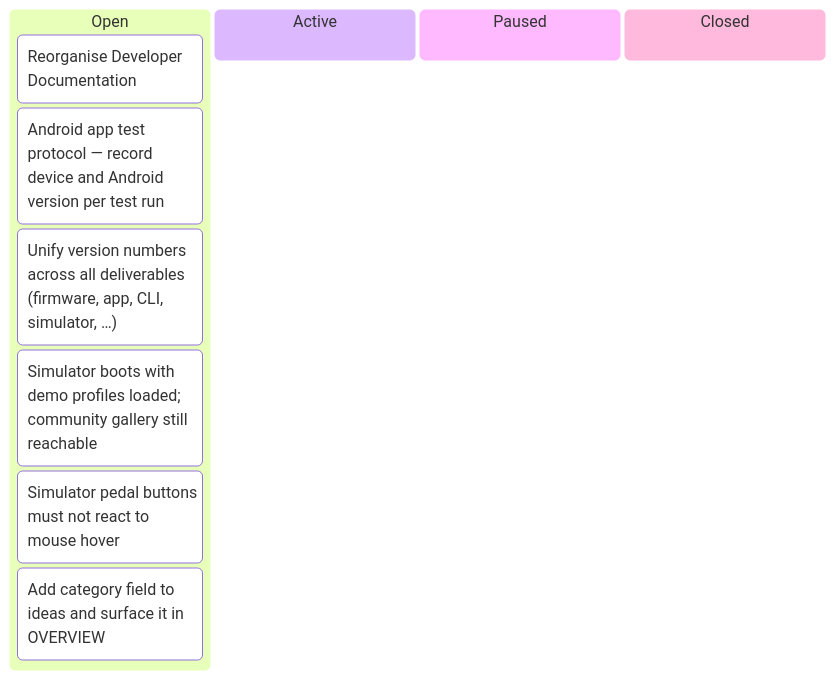
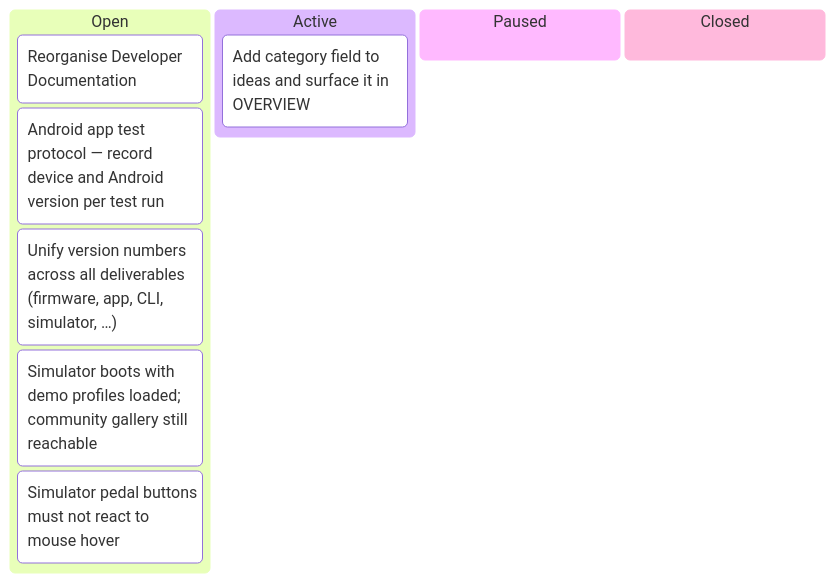
One commit to tgd1975/AwesomeStudioPedal changed the sixth of 6 diagrams in docs/developers/tasks/KANBAN.md. Above: the diagram before and after it, drawn with Mermaid. The commit also changed other lines of this file and 13 other files, not shown here.

````diff
--- a/docs/developers/tasks/KANBAN.md
+++ b/docs/developers/tasks/KANBAN.md
@@ -73,13 +92,13 @@
 ```mermaid
 kanban
   Open
     TASK_148["Reorganise Developer Documentation"]
     TASK_259["Android app test protocol — record device and Android version per test run"]
     TASK_260["Unify version numbers across all deliverables (firmware, app, CLI, simulator, …)"]
     TASK_303["Simulator boots with demo profiles loaded; community gallery still reachable"]
     TASK_304["Simulator pedal buttons must not react to mouse hover"]
+  Active
     TASK_305["Add category field to ideas and surface it in OVERVIEW"]
-  Active
   Paused
   Closed
 ```
````
